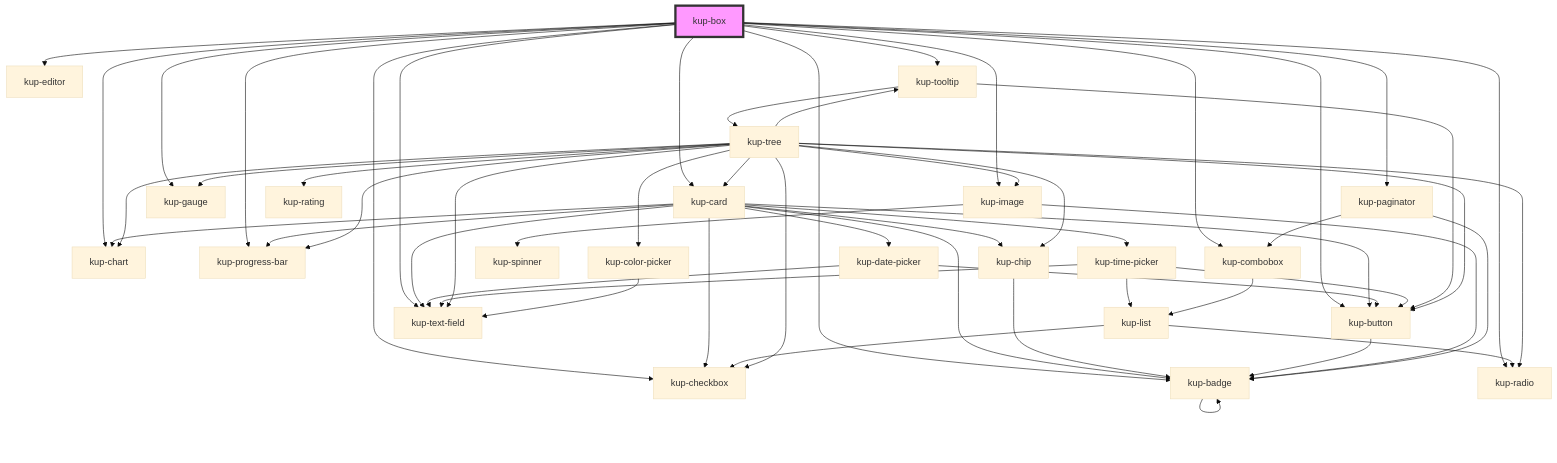
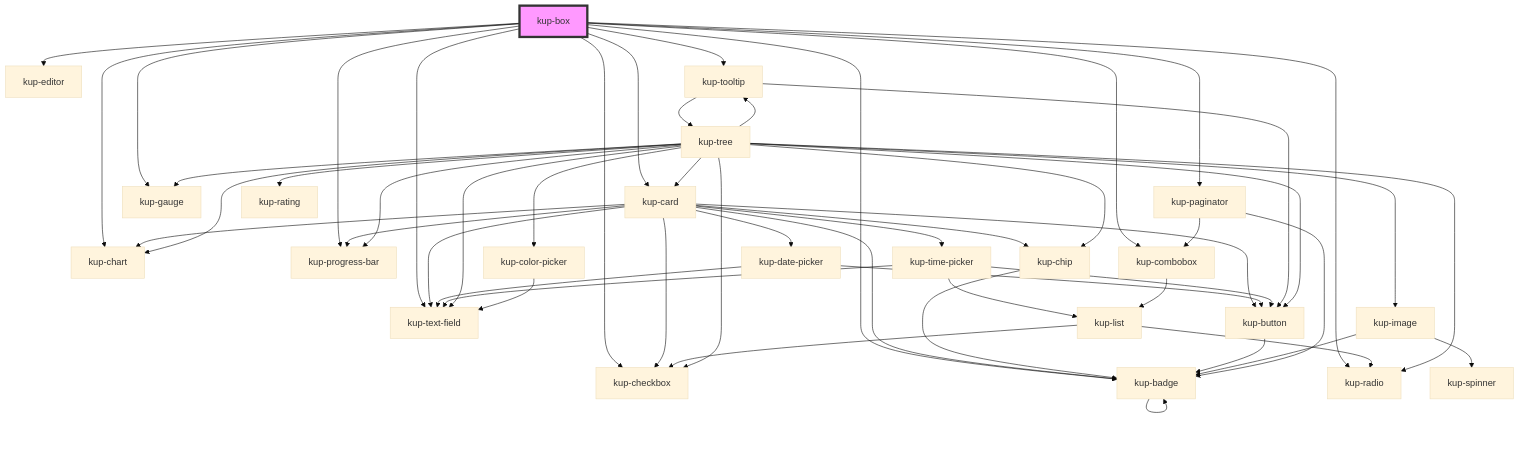
Before and after one commit to smeup/ketchup: the diagram in packages/ketchup/src/components/kup-box/readme.md, drawn with Mermaid (base theme). The commit also changed other lines of this file and 3 other files, not shown here.

````diff
--- a/packages/ketchup/src/components/kup-box/readme.md
+++ b/packages/ketchup/src/components/kup-box/readme.md
@@ -100,58 +98,56 @@
 ```mermaid
 graph TD;
   kup-box --> kup-card
   kup-box --> kup-checkbox
   kup-box --> kup-badge
-  kup-box --> kup-button
   kup-box --> kup-chart
   kup-box --> kup-editor
-  kup-box --> kup-image
   kup-box --> kup-text-field
   kup-box --> kup-progress-bar
   kup-box --> kup-radio
   kup-box --> kup-gauge
   kup-box --> kup-tooltip
   kup-box --> kup-combobox
   kup-box --> kup-paginator
   kup-card --> kup-chip
   kup-card --> kup-button
   kup-card --> kup-badge
   kup-card --> kup-progress-bar
   kup-card --> kup-chart
   kup-card --> kup-checkbox
   kup-card --> kup-date-picker
   kup-card --> kup-text-field
   kup-card --> kup-time-picker
   kup-chip --> kup-badge
   kup-badge --> kup-badge
   kup-button --> kup-badge
   kup-date-picker --> kup-text-field
   kup-date-picker --> kup-button
   kup-time-picker --> kup-text-field
   kup-time-picker --> kup-button
   kup-time-picker --> kup-list
   kup-list --> kup-radio
   kup-list --> kup-checkbox
-  kup-image --> kup-spinner
-  kup-image --> kup-badge
   kup-tooltip --> kup-button
   kup-tooltip --> kup-tree
   kup-tree --> kup-image
   kup-tree --> kup-button
   kup-tree --> kup-chart
   kup-tree --> kup-checkbox
   kup-tree --> kup-chip
   kup-tree --> kup-color-picker
   kup-tree --> kup-gauge
   kup-tree --> kup-progress-bar
   kup-tree --> kup-rating
   kup-tree --> kup-radio
   kup-tree --> kup-tooltip
   kup-tree --> kup-text-field
   kup-tree --> kup-card
+  kup-image --> kup-spinner
+  kup-image --> kup-badge
   kup-color-picker --> kup-text-field
   kup-combobox --> kup-list
   kup-paginator --> kup-combobox
   kup-paginator --> kup-badge
   style kup-box fill:#f9f,stroke:#333,stroke-width:4px
 ```
````
